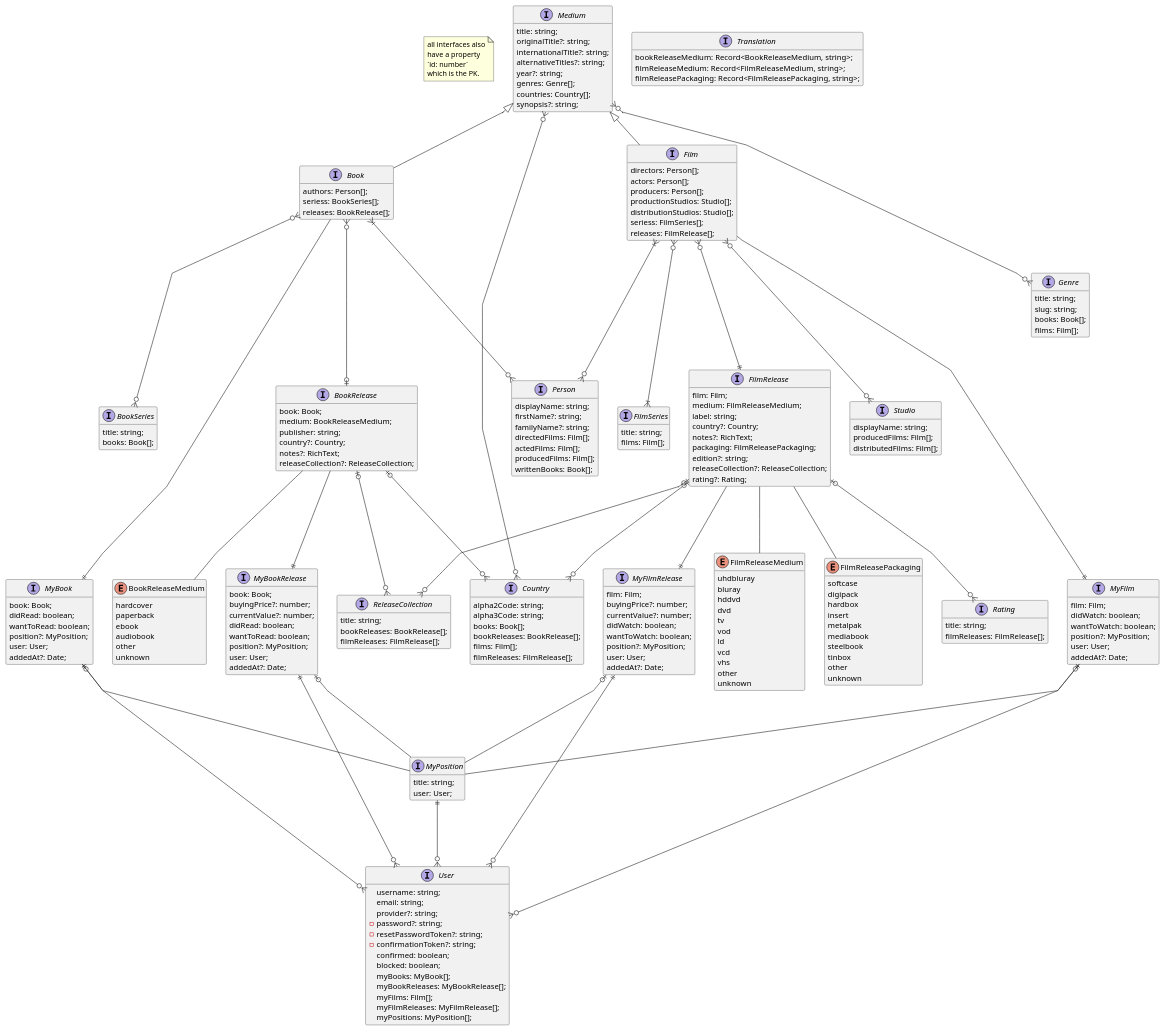
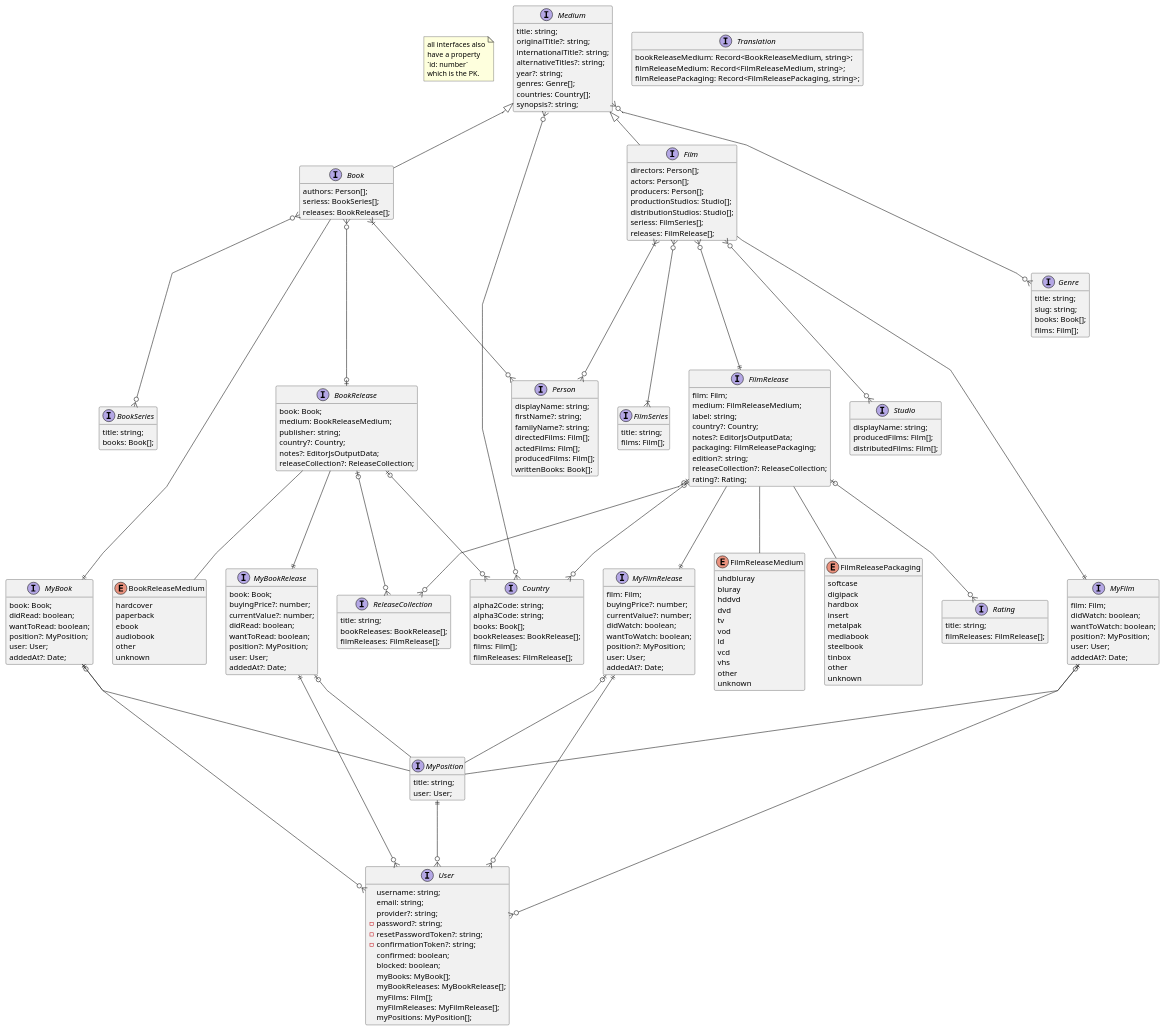
The diagram in docs/assets/er.puml (GregorSondermeier/books-n-films), drawn with PlantUML before and after one commit. The commit also changed 6 other files, not shown here.

First line of the commit message:
#7 use editorjs for rich text

```diff
--- a/docs/assets/er.puml
+++ b/docs/assets/er.puml
@@ -26,7 +26,7 @@
   medium: BookReleaseMedium;
   publisher: string;
   country?: Country;
-  notes?: RichText;
+  notes?: EditorJsOutputData;
   releaseCollection?: ReleaseCollection;
 }
 
@@ -68,7 +68,7 @@
   medium: FilmReleaseMedium;
   label: string;
   country?: Country;
-  notes?: RichText;
+  notes?: EditorJsOutputData;
   packaging: FilmReleasePackaging;
   edition?: string;
   releaseCollection?: ReleaseCollection;
```
